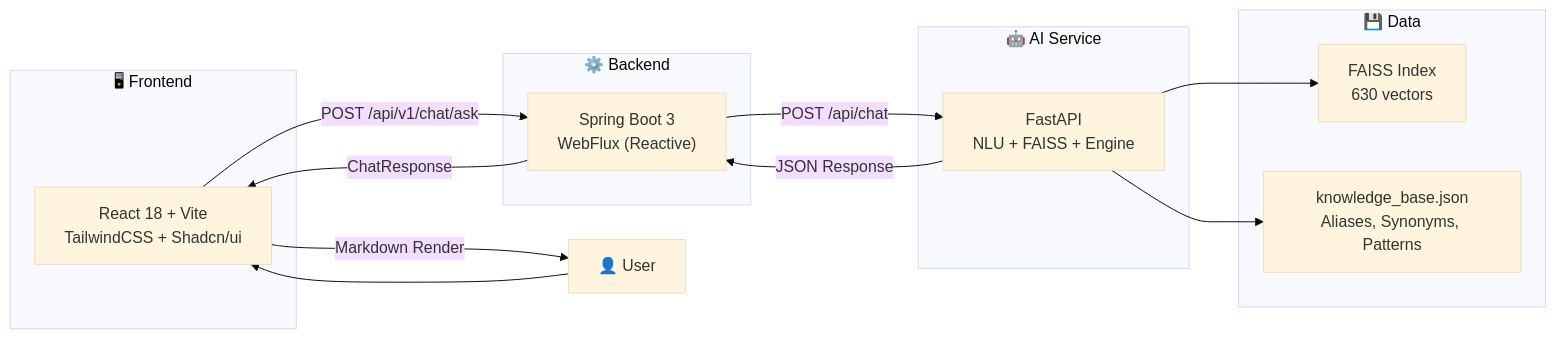
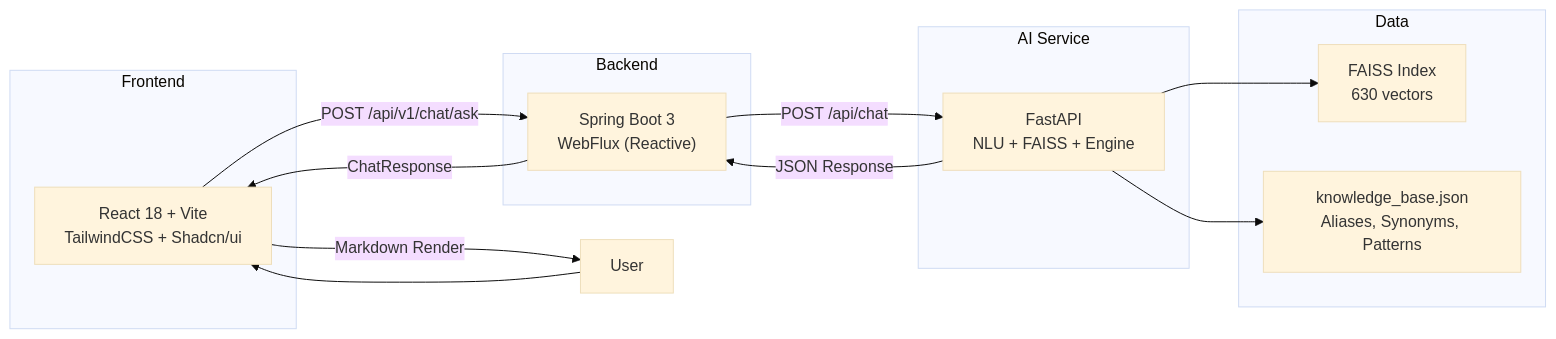
The first of 3 diagrams in README.md (HistoryMindAI/HistoryMindAI), drawn with Mermaid (base theme) before and after one commit. The commit also changed other lines of this file, not shown here.

````diff
--- a/README.md
+++ b/README.md
@@ -13,27 +13,27 @@
 ```mermaid
 graph LR
-    subgraph "🖥 Frontend"
+    subgraph "Frontend"
         FE["React 18 + Vite<br/>TailwindCSS + Shadcn/ui"]
     end
 
-    subgraph "⚙️ Backend"
+    subgraph "Backend"
         BE["Spring Boot 3<br/>WebFlux (Reactive)"]
     end
 
-    subgraph "🤖 AI Service"
+    subgraph "AI Service"
         AI["FastAPI<br/>NLU + FAISS + Engine"]
     end
 
-    subgraph "💾 Data"
+    subgraph "Data"
         FAISS["FAISS Index<br/>630 vectors"]
         KB["knowledge_base.json<br/>Aliases, Synonyms, Patterns"]
     end
 
-    USER["👤 User"] --> FE
+    USER["User"] --> FE
     FE -- "POST /api/v1/chat/ask" --> BE
     BE -- "POST /api/chat" --> AI
     AI --> FAISS & KB
     AI -- "JSON Response" --> BE
     BE -- "ChatResponse" --> FE
     FE -- "Markdown Render" --> USER
 ```
````
